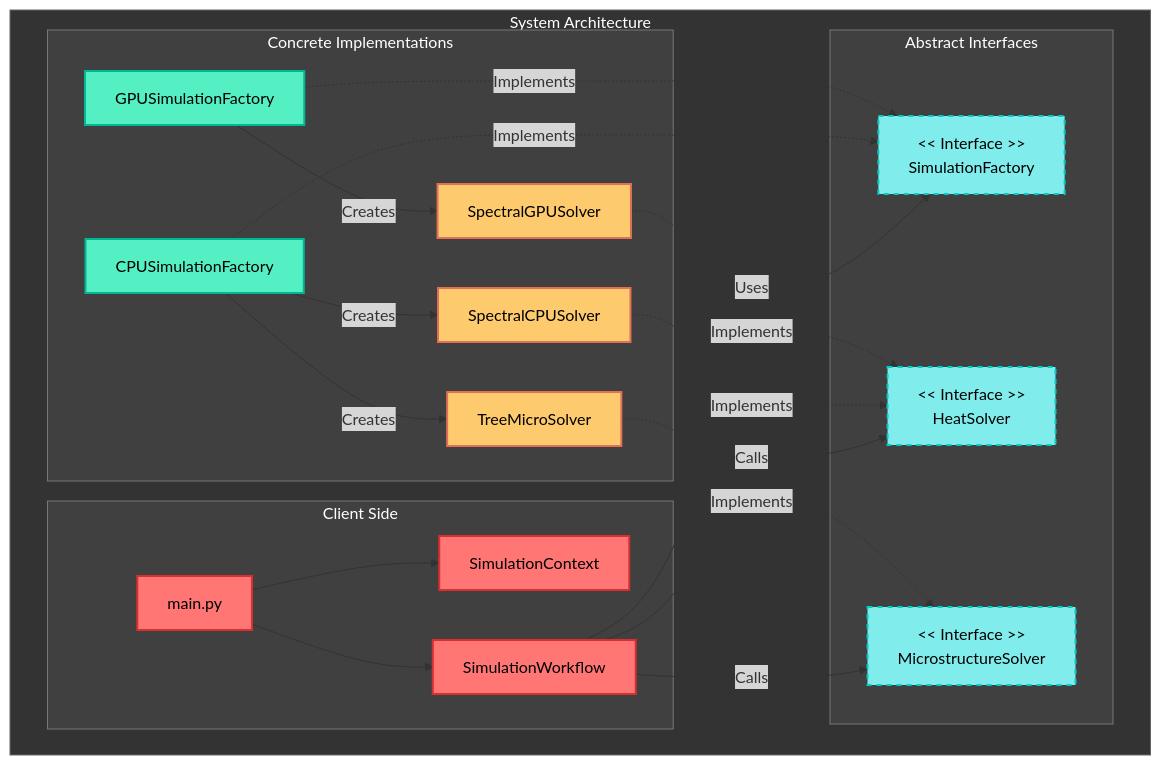
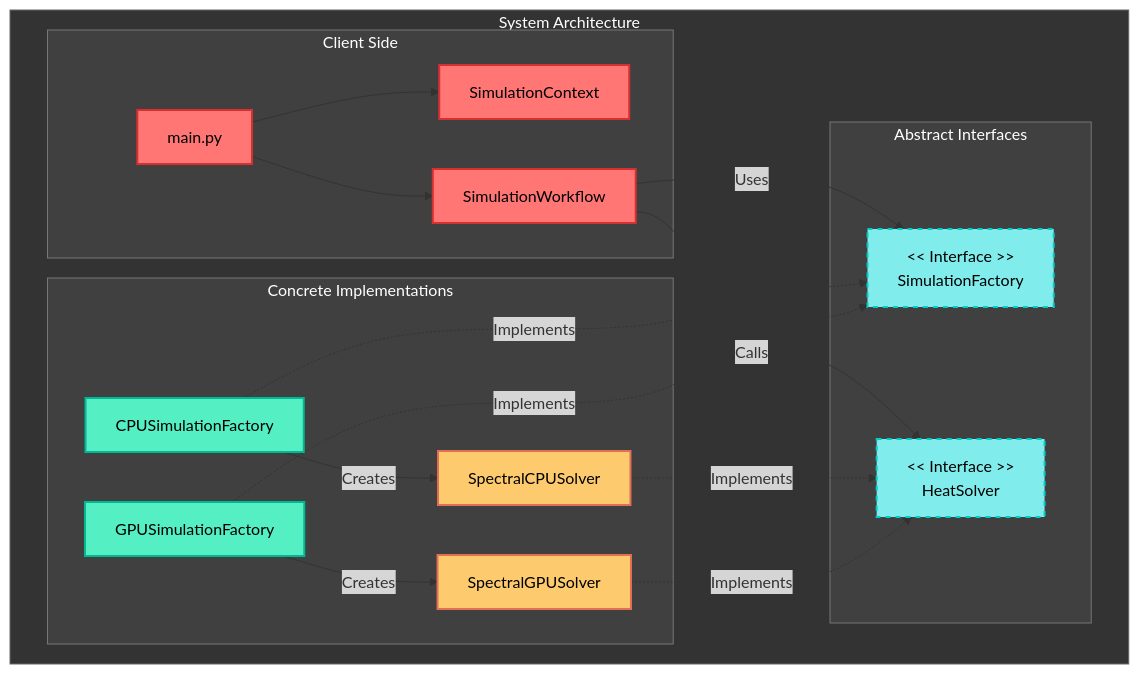
The diagram in docs/ARCHITECTURE.md (manasvupadhyay/spectral_galerkin_heat), drawn with Mermaid before and after one commit.

Commit message:
architecture

````diff
--- a/docs/ARCHITECTURE.md
+++ b/docs/ARCHITECTURE.md
@@ -45,66 +45,61 @@
 ```mermaid
 flowchart TD
     %% --- Theme & Styling ---
     classDef container fill:#2d2d2d,stroke:#555,color:#fff;
     classDef client fill:#ff7675,stroke:#d63031,stroke-width:2px,color:#000;
     classDef interface fill:#81ecec,stroke:#00cec9,stroke-width:2px,stroke-dasharray: 5 5,color:#000;
     classDef factory fill:#55efc4,stroke:#00b894,stroke-width:2px,color:#000;
     classDef product fill:#fdcb6e,stroke:#e17055,stroke-width:2px,color:#000;
 
     %% --- Main Architecture Container ---
     subgraph Architecture [System Architecture]
         style Architecture fill:#333333,stroke:#666,color:#fff
         
         %% Client Layer
         subgraph ClientLayer [Client Side]
             style ClientLayer fill:#404040,stroke:#777,color:#fff
             Main[main.py]:::client
             Workflow[SimulationWorkflow]:::client
             Context[SimulationContext]:::client
             
             Main --> Context
             Main --> Workflow
         end
 
         %% Interface Layer
         subgraph InterfaceLayer [Abstract Interfaces]
             style InterfaceLayer fill:#404040,stroke:#777,color:#fff
             ISimFactory["<< Interface >>\nSimulationFactory"]:::interface
             IHeat["<< Interface >>\nHeatSolver"]:::interface
-            IMicro["<< Interface >>\nMicrostructureSolver"]:::interface
         end
 
         %% Implementation Layer
         subgraph ImplementationLayer [Concrete Implementations]
             style ImplementationLayer fill:#404040,stroke:#777,color:#fff
             
             %% Factories
             CPUFact[CPUSimulationFactory]:::factory
             GPUFact[GPUSimulationFactory]:::factory
             
             %% Products
             CPUSolv[SpectralCPUSolver]:::product
             GPUSolv[SpectralGPUSolver]:::product
-            TreeSolv[TreeMicroSolver]:::product
         end
 
         %% Relationships
         Workflow -->|Uses| ISimFactory
         Workflow -->|Calls| IHeat
-        Workflow -->|Calls| IMicro
 
         %% Factory Implementations
         CPUFact -.->|Implements| ISimFactory
         GPUFact -.->|Implements| ISimFactory
 
         %% Factory Creation Links
         CPUFact -->|Creates| CPUSolv
-        CPUFact -->|Creates| TreeSolv
         GPUFact -->|Creates| GPUSolv
 
         %% Product Implementations
         CPUSolv -.->|Implements| IHeat
         GPUSolv -.->|Implements| IHeat
-        TreeSolv -.->|Implements| IMicro
     end
 ```
````
